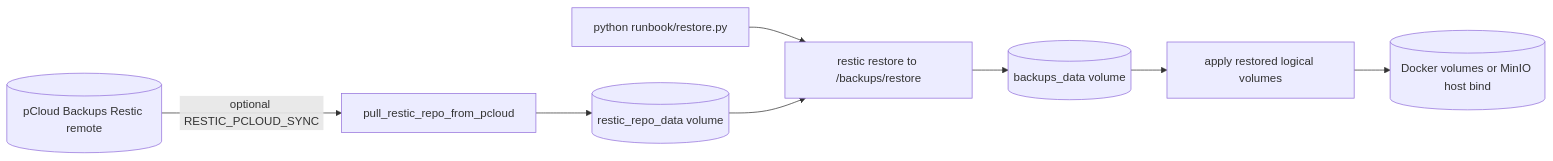
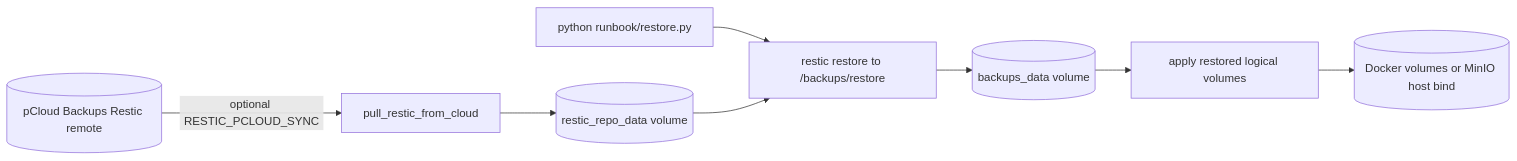
Before and after one commit to BinaryBand/server-apps: the third of 4 diagrams in README.md, drawn with Mermaid. The commit also changed other lines of this file and 40 other files, not shown here.

````diff
--- a/README.md
+++ b/README.md
@@ -87,17 +97,17 @@
 ```mermaid
 flowchart LR
 
 restore[python runbook/restore.py]
-pull[pull_restic_repo_from_pcloud]
+pull[pull_restic_from_cloud]
 repo[(restic_repo_data volume)]
 remote_repo[(pCloud Backups Restic remote)]
 restic_restore[restic restore to /backups/restore]
 staging[(backups_data volume)]
 apply[apply restored logical volumes]
 targets[(Docker volumes or MinIO host bind)]
 
 remote_repo -->|optional RESTIC_PCLOUD_SYNC| pull --> repo
 restore --> restic_restore
 repo --> restic_restore
 restic_restore --> staging --> apply --> targets
 ```
````
